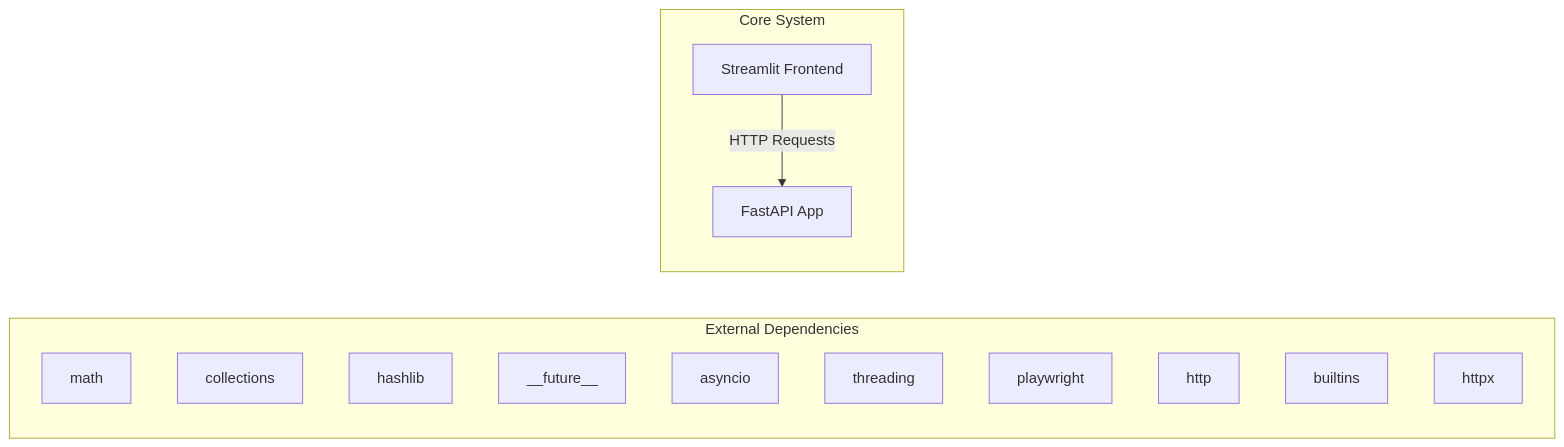
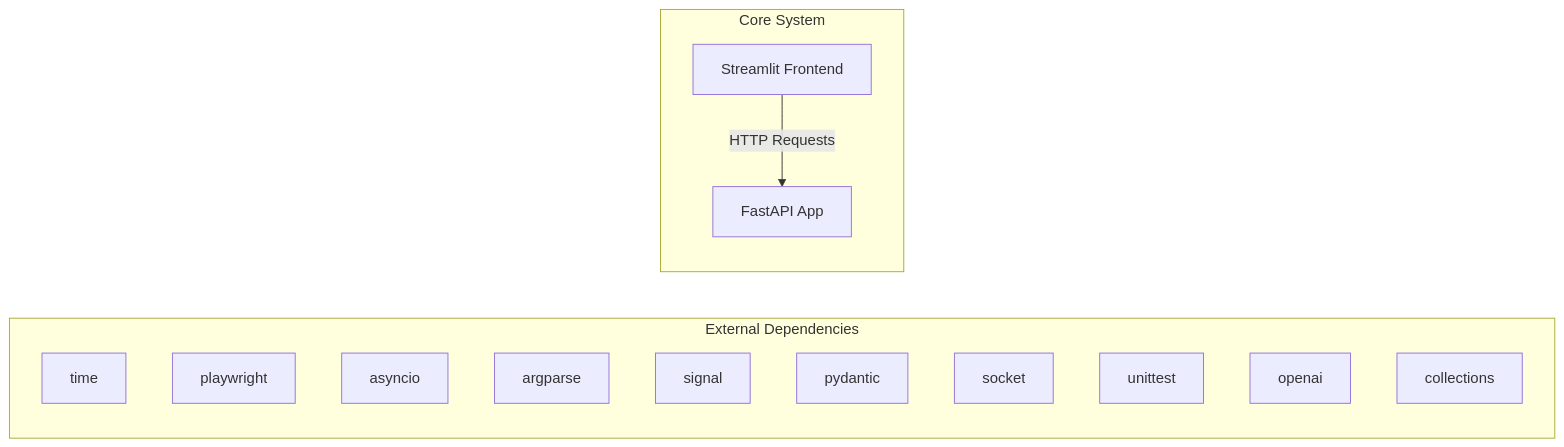
Before and after one commit to NITISH-R-G/rag-context-optimizer: the first of 2 diagrams in docs/architecture.md, drawn with Mermaid. The commit also changed 1 other file, not shown here.

Commit message:
docs: auto-update repository knowledge, architecture diagrams, and documentation

````diff
--- a/docs/architecture.md
+++ b/docs/architecture.md
@@ -7,20 +7,20 @@
 ```mermaid
 graph LR
     subgraph External Dependencies
-        E0["math"]
-        E1["collections"]
-        E2["hashlib"]
-        E3["__future__"]
-        E4["asyncio"]
-        E5["threading"]
-        E6["playwright"]
-        E7["http"]
-        E8["builtins"]
-        E9["httpx"]
+        E0["time"]
+        E1["playwright"]
+        E2["asyncio"]
+        E3["argparse"]
+        E4["signal"]
+        E5["pydantic"]
+        E6["socket"]
+        E7["unittest"]
+        E8["openai"]
+        E9["collections"]
     end
     subgraph Core System
         API["FastAPI App"]
         UI["Streamlit Frontend"]
     end
     UI -->|HTTP Requests| API
 ```
````
